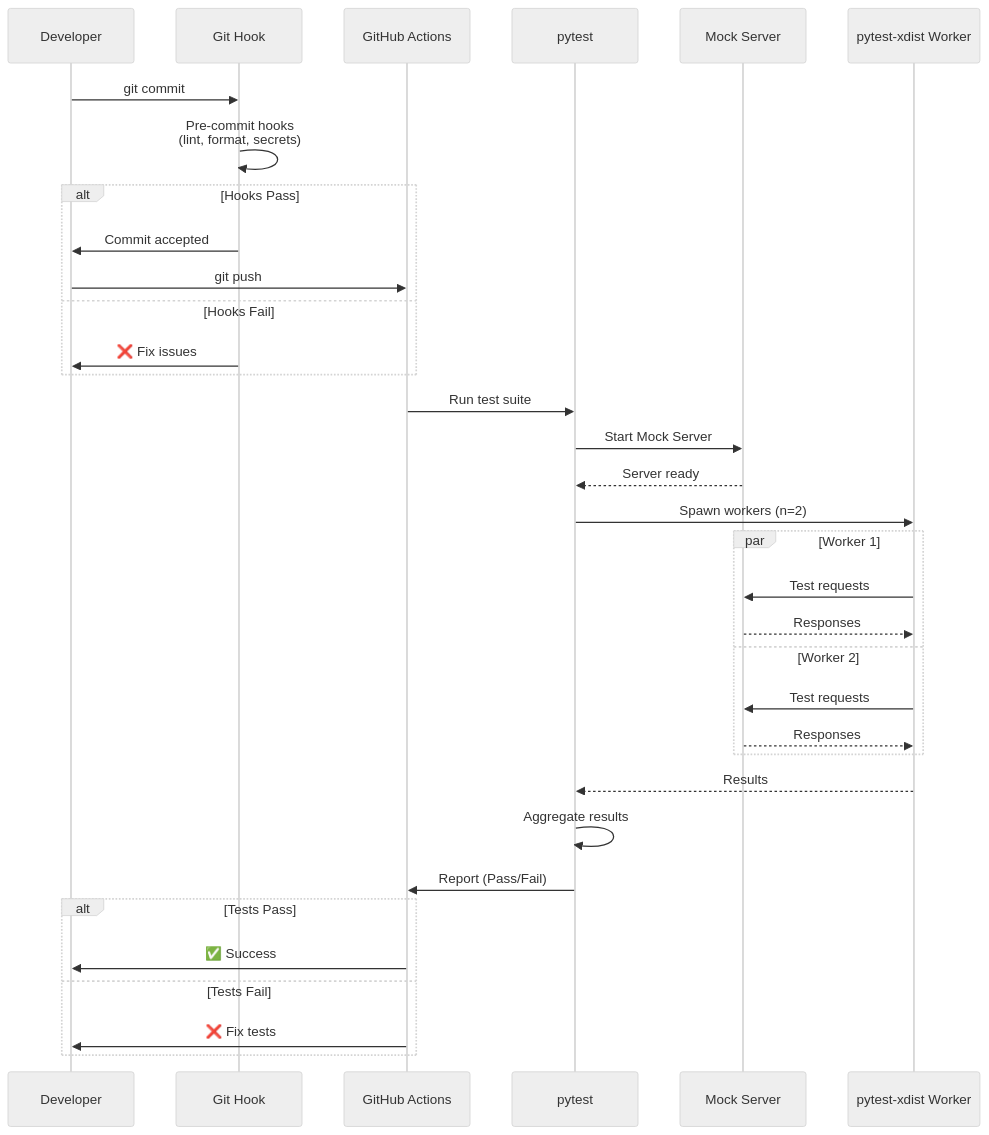
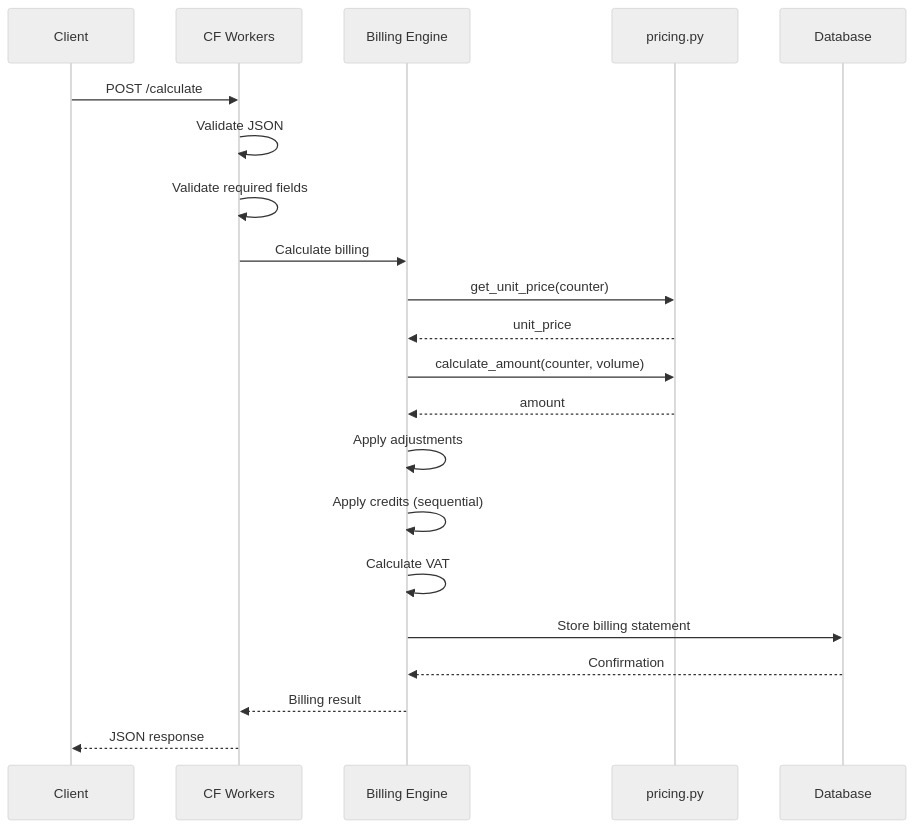
The sixth of 7 diagrams in docs/ARCHITECTURE.md (johanna-II/BillingTest), drawn with Mermaid (neutral theme) before and after one commit. The commit also changed other lines of this file and 5 other files, not shown here.

````diff
--- a/docs/ARCHITECTURE.md
+++ b/docs/ARCHITECTURE.md
@@ -225,43 +356,28 @@
 ```mermaid
 sequenceDiagram
-    participant Dev as Developer
-    participant Git as Git Hook
-    participant CI as GitHub Actions
-    participant Pytest as pytest
-    participant Mock as Mock Server
-    participant Worker as pytest-xdist Worker
+    participant Client
+    participant Workers as CF Workers
+    participant Engine as Billing Engine
+    participant Pricing as pricing.py
+    participant DB as Database
 
-    Dev->>Git: git commit
-    Git->>Git: Pre-commit hooks<br/>(lint, format, secrets)
+    Client->>Workers: POST /calculate
+    Workers->>Workers: Validate JSON
+    Workers->>Workers: Validate required fields
 
-    alt Hooks Pass
-        Git->>Dev: Commit accepted
-        Dev->>CI: git push
-    else Hooks Fail
-        Git->>Dev: ❌ Fix issues
-    end
+    Workers->>Engine: Calculate billing
+    Engine->>Pricing: get_unit_price(counter)
+    Pricing-->>Engine: unit_price
+    Engine->>Pricing: calculate_amount(counter, volume)
+    Pricing-->>Engine: amount
 
-    CI->>Pytest: Run test suite
-    Pytest->>Mock: Start Mock Server
-    Mock-->>Pytest: Server ready
+    Engine->>Engine: Apply adjustments
+    Engine->>Engine: Apply credits (sequential)
+    Engine->>Engine: Calculate VAT
 
-    Pytest->>Worker: Spawn workers (n=2)
+    Engine->>DB: Store billing statement
+    DB-->>Engine: Confirmation
 
-    par Worker 1
-        Worker->>Mock: Test requests
-        Mock-->>Worker: Responses
-    and Worker 2
-        Worker->>Mock: Test requests
-        Mock-->>Worker: Responses
-    end
-
-    Worker-->>Pytest: Results
-    Pytest->>Pytest: Aggregate results
-    Pytest->>CI: Report (Pass/Fail)
-
-    alt Tests Pass
-        CI->>Dev: ✅ Success
-    else Tests Fail
-        CI->>Dev: ❌ Fix tests
-    end
+    Engine-->>Workers: Billing result
+    Workers-->>Client: JSON response
 ```
````
